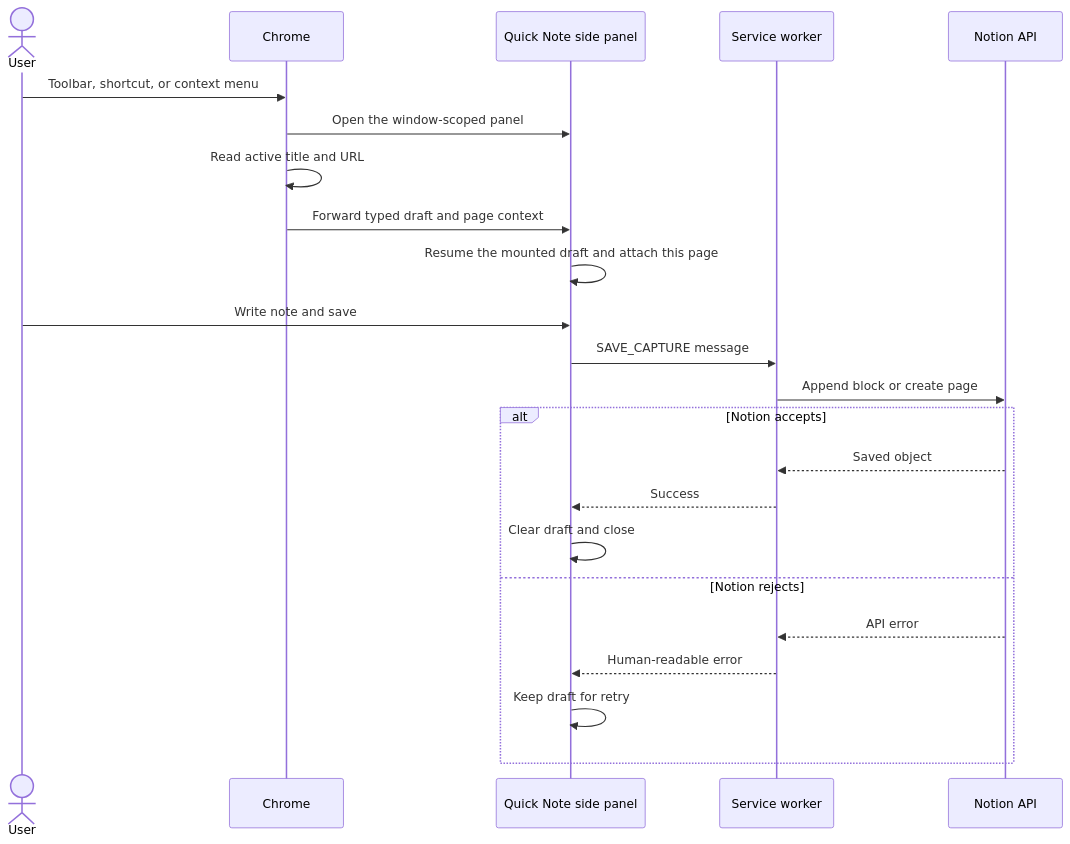
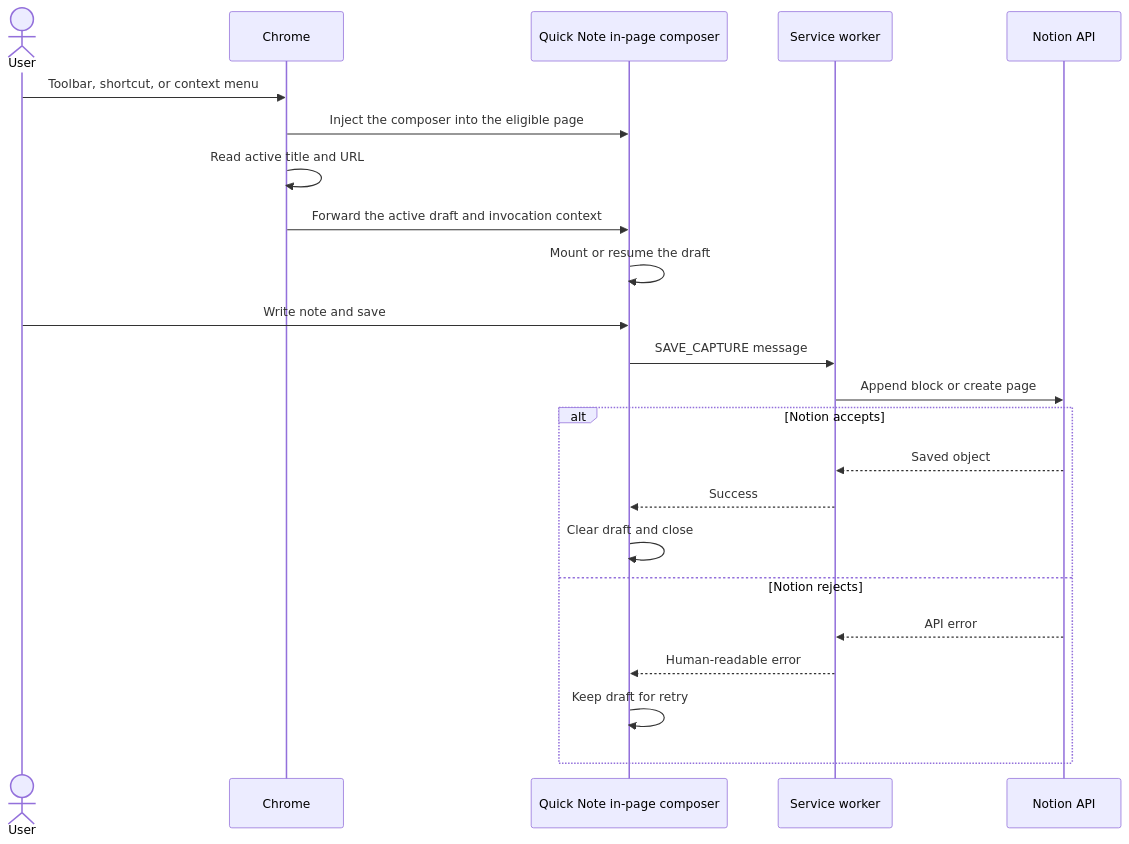
The third of 10 diagrams in docs/VISUAL_GUIDE.md (fantomsuj/notion-quick-note), drawn with Mermaid before and after one commit. The commit also changed other lines of this file and 47 other files, not shown here.

Commit message:
Restore in-page composer and add unavailable notifications

````diff
--- a/docs/VISUAL_GUIDE.md
+++ b/docs/VISUAL_GUIDE.md
@@ -61,26 +61,26 @@
 ```mermaid
 sequenceDiagram
   actor U as User
   participant C as Chrome
-  participant Q as Quick Note side panel
+  participant Q as Quick Note in-page composer
   participant W as Service worker
   participant N as Notion API
 
   U->>C: Toolbar, shortcut, or context menu
-  C->>Q: Open the window-scoped panel
+  C->>Q: Inject the composer into the eligible page
   C->>C: Read active title and URL
-  C->>Q: Forward typed draft and page context
-  Q->>Q: Resume the mounted draft and attach this page
+  C->>Q: Forward the active draft and invocation context
+  Q->>Q: Mount or resume the draft
   U->>Q: Write note and save
   Q->>W: SAVE_CAPTURE message
   W->>N: Append block or create page
   alt Notion accepts
     N-->>W: Saved object
     W-->>Q: Success
     Q->>Q: Clear draft and close
   else Notion rejects
     N-->>W: API error
     W-->>Q: Human-readable error
     Q->>Q: Keep draft for retry
   end
 ```
````
